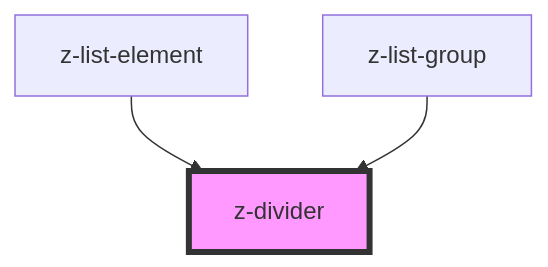
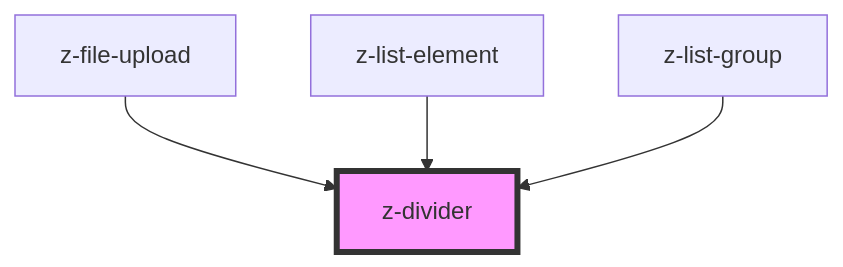
The diagram in src/components/z-divider/readme.md (ZanichelliEditore/design-system), drawn with Mermaid before and after one commit. The commit also changed other lines of this file and 12 other files, not shown here.

````diff
--- a/src/components/z-divider/readme.md
+++ b/src/components/z-divider/readme.md
@@ -25,6 +26,7 @@
 ```mermaid
 graph TD;
+  z-file-upload --> z-divider
   z-list-element --> z-divider
   z-list-group --> z-divider
   style z-divider fill:#f9f,stroke:#333,stroke-width:4px
 ```
````
